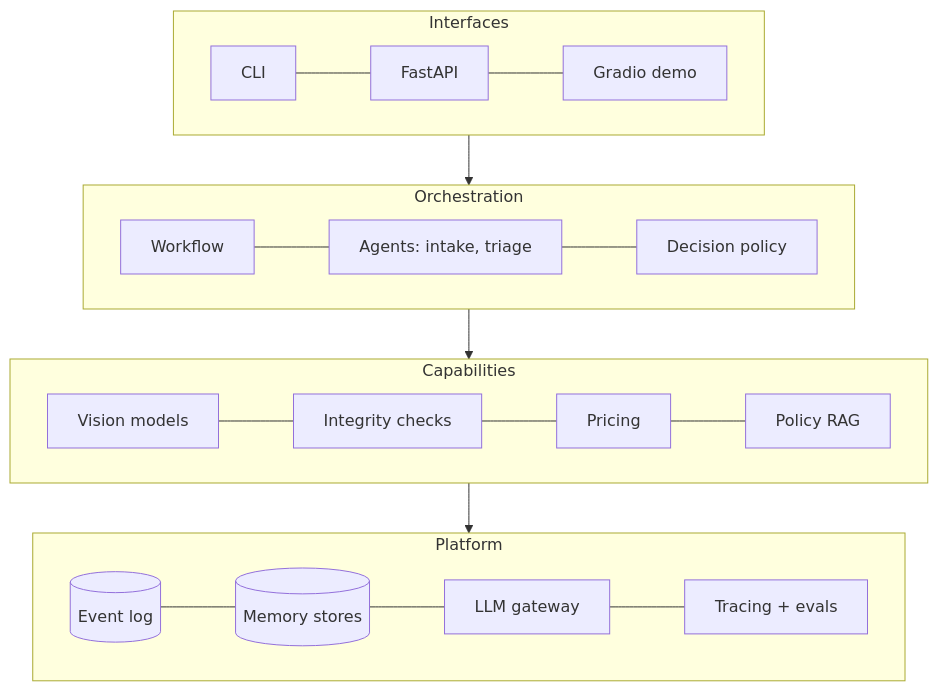
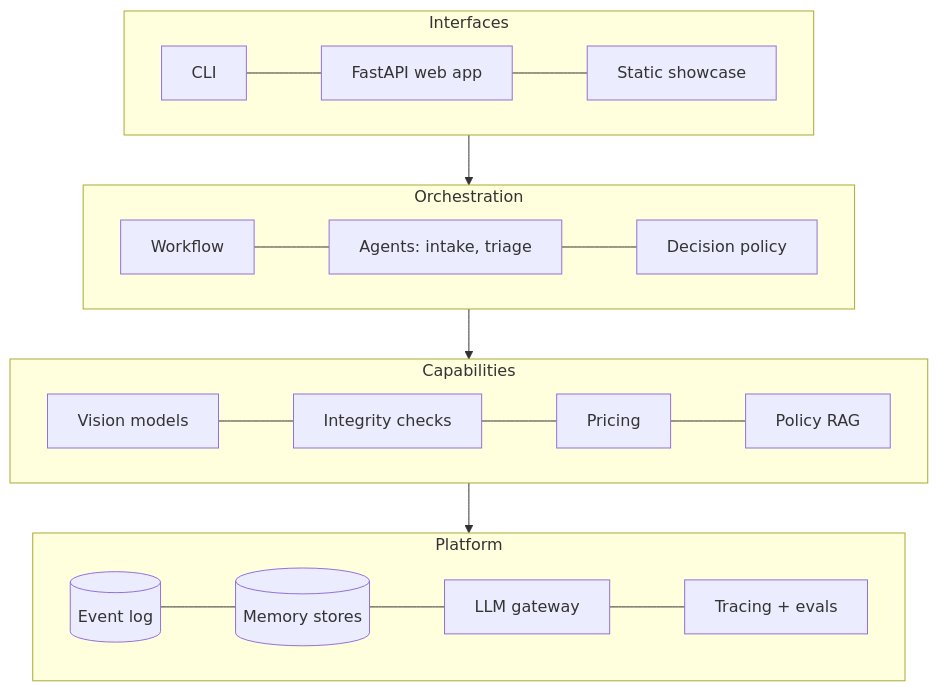
The fourth of 4 diagrams in README.md (kb2326/car-damage-detection-yolov8), drawn with Mermaid before and after one commit. The commit also changed other lines of this file and 2 other files, not shown here.

````diff
--- a/README.md
+++ b/README.md
@@ -138,16 +154,16 @@
 ```mermaid
 flowchart TB
     subgraph UX [Interfaces]
-        CLI[CLI] --- API[FastAPI] --- UI[Gradio demo]
+        CLI[CLI] --- API[FastAPI web app] --- UI[Static showcase]
     end
     subgraph ORCH [Orchestration]
         WFL[Workflow] --- AG[Agents: intake, triage] --- RULES[Decision policy]
     end
     subgraph CAP [Capabilities]
         VIS[Vision models] --- INT[Integrity checks] --- PRC[Pricing] --- RAG[Policy RAG]
     end
     subgraph PLAT [Platform]
         LOG[(Event log)] --- MEM[(Memory stores)] --- GW[LLM gateway] --- OBS[Tracing + evals]
     end
     UX --> ORCH --> CAP --> PLAT
 ```
````
